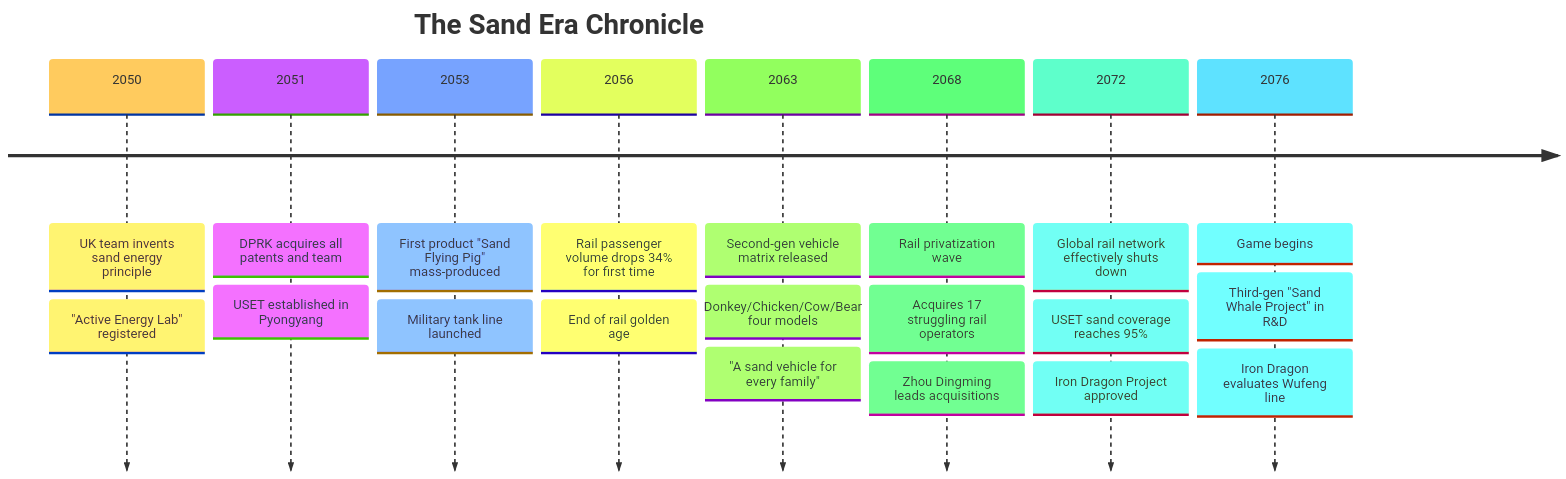
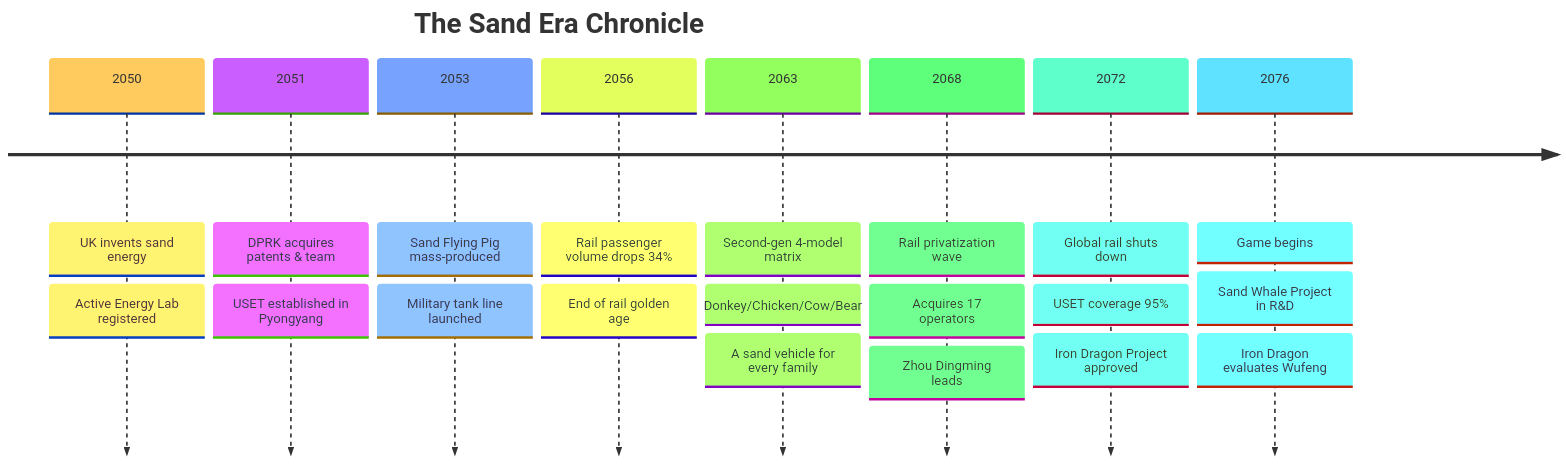
Before and after one commit to NMDX0721/RailwayRenaissance: the first of 8 diagrams in README.md, drawn with Mermaid. The commit also changed 1 other file, not shown here.

Commit message:
docs: shorten timeline text to fit grid cells, add bold title config, trim quotes and long phrases

````diff
--- a/README.md
+++ b/README.md
@@ -58,13 +58,13 @@
 ```mermaid
-%%{init: { 'theme': 'base', 'themeVariables': { 'timelineTextColor': '#000000', 'timelineLabelColor': '#000000' } } }%%
+%%{init: { 'theme': 'base', 'themeVariables': { 'timelineTextColor': '#000000', 'timelineLabelColor': '#000000', 'timelineTitleColor': '#000000' } } }%%
 timeline
     title The Sand Era Chronicle
-    2050 : UK team invents sand energy principle : "Active Energy Lab" registered
-    2051 : DPRK acquires all patents and team : USET established in Pyongyang
-    2053 : First product "Sand Flying Pig" mass-produced : Military tank line launched
-    2056 : Rail passenger volume drops 34% for first time : End of rail golden age
-    2063 : Second-gen vehicle matrix released : Donkey/Chicken/Cow/Bear four models : "A sand vehicle for every family"
-    2068 : Rail privatization wave : Acquires 17 struggling rail operators : Zhou Dingming leads acquisitions
-    2072 : Global rail network effectively shuts down : USET sand coverage reaches 95% : Iron Dragon Project approved
-    2076 : Game begins : Third-gen "Sand Whale Project" in R&D : Iron Dragon evaluates Wufeng line
+    2050 : UK invents sand energy : Active Energy Lab registered
+    2051 : DPRK acquires patents & team : USET established in Pyongyang
+    2053 : Sand Flying Pig mass-produced : Military tank line launched
+    2056 : Rail passenger volume drops 34% : End of rail golden age
+    2063 : Second-gen 4-model matrix : Donkey/Chicken/Cow/Bear : A sand vehicle for every family
+    2068 : Rail privatization wave : Acquires 17 operators : Zhou Dingming leads
+    2072 : Global rail shuts down : USET coverage 95% : Iron Dragon Project approved
+    2076 : Game begins : Sand Whale Project in R&D : Iron Dragon evaluates Wufeng
 ```
````
